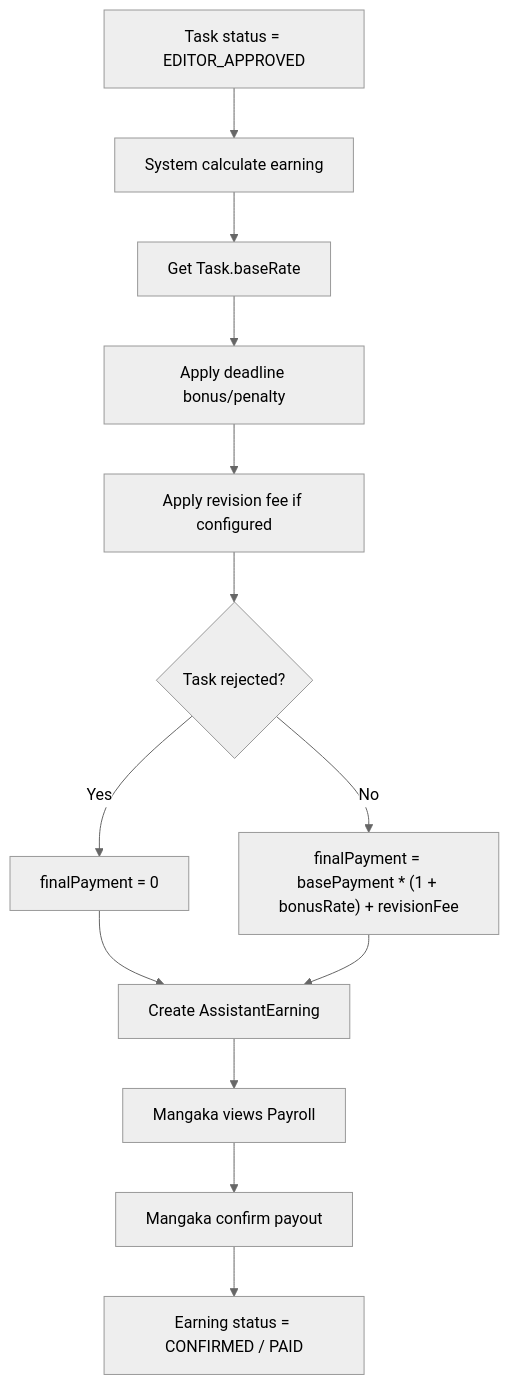
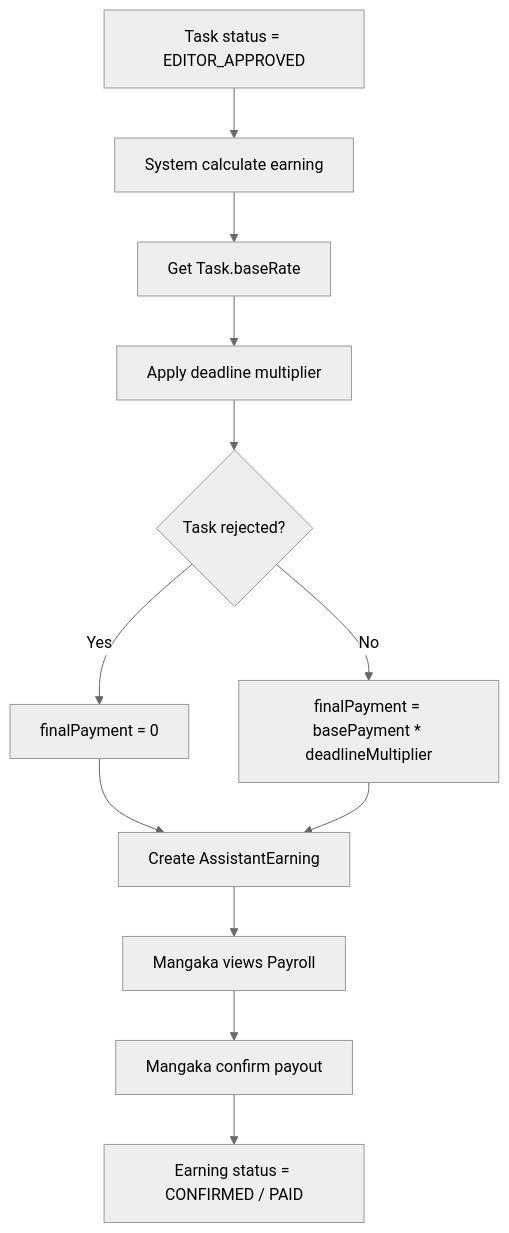
One commit to ntu254/MangaFlow changed diagram 17 of 19 in docs/standards/bussiness-flow.md. Above: the diagram before and after it, drawn with Mermaid (neutral theme). The commit also changed other lines of this file and 11 other files, not shown here.

Commit message:
update: business flow

````diff
--- a/docs/standards/bussiness-flow.md
+++ b/docs/standards/bussiness-flow.md
@@ -1561,15 +1579,14 @@
 ```mermaid
 flowchart TD
     A["Task status = EDITOR_APPROVED"] --> B["System calculate earning"]
     B --> C["Get Task.baseRate"]
-    C --> D["Apply deadline bonus/penalty"]
-    D --> E["Apply revision fee if configured"]
-    E --> F{"Task rejected?"}
+    C --> D["Apply deadline multiplier"]
+    D --> F{"Task rejected?"}
     F -->|Yes| G["finalPayment = 0"]
-    F -->|No| H["finalPayment = basePayment * (1 + bonusRate) + revisionFee"]
+    F -->|No| H["finalPayment = basePayment * deadlineMultiplier"]
     G --> I["Create AssistantEarning"]
     H --> I
     I --> J["Mangaka views Payroll"]
     J --> K["Mangaka confirm payout"]
     K --> L["Earning status = CONFIRMED / PAID"]
 ```
````
